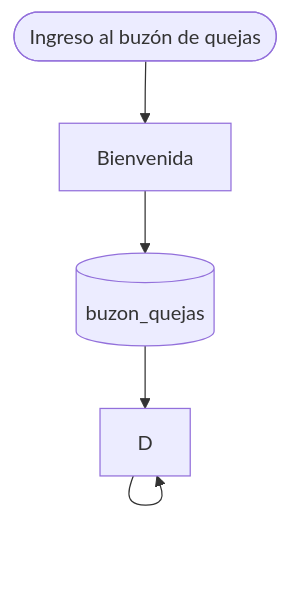
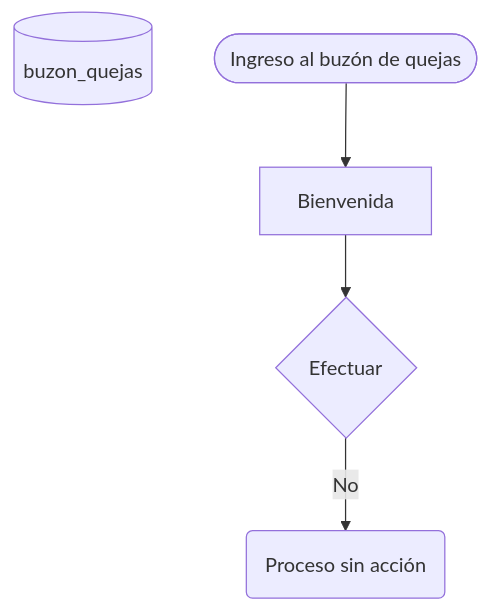
One commit to untalmike/mailbox changed the diagram in README.md. Above: the diagram before and after it, drawn with Mermaid.

Commit message:
Pruebas con el README

````diff
--- a/README.md
+++ b/README.md
@@ -40,7 +40,8 @@
     ```mermaid
         graph TD;
+            buzonQuejas[(buzon_quejas)]
             id1([Ingreso al buzón de quejas])-->B;
             B[Bienvenida]-->C;
-            C[(buzon_quejas)]-->D;
-            D-->D;
+            C{Efectuar}-->|No|D;
+            D(Proceso sin acción);
     ```
````
